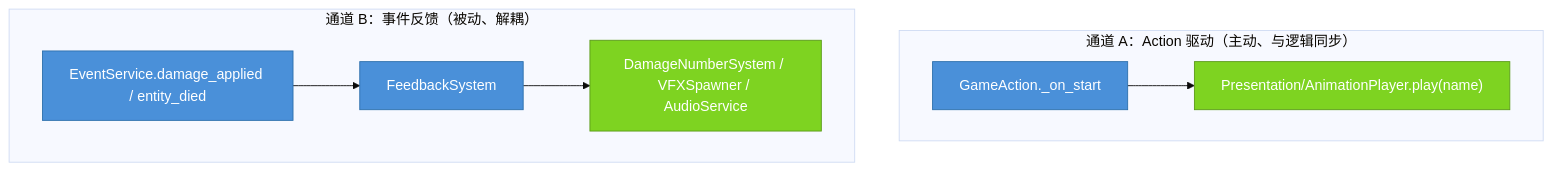
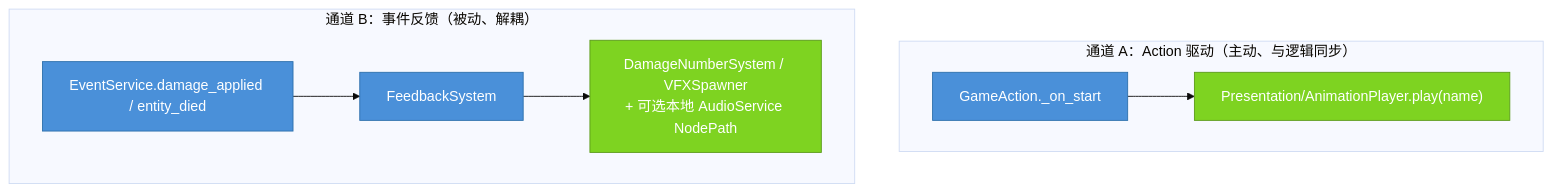
Before and after one commit to xiaofeiqiu/mkit: the diagram in docs/cookbook/13_animation.md, drawn with Mermaid (base theme). The commit also changed other lines of this file and 32 other files, not shown here.

````diff
--- a/docs/cookbook/13_animation.md
+++ b/docs/cookbook/13_animation.md
@@ -22,14 +22,14 @@
 ```mermaid
 flowchart TB
     subgraph A["通道 A：Action 驱动（主动、与逻辑同步）"]
         A1["GameAction._on_start"]:::mkitCore -->
         A2["Presentation/AnimationPlayer.play(name)"]:::userOwned
     end
     subgraph B["通道 B：事件反馈（被动、解耦）"]
         B1["EventService.damage_applied / entity_died"]:::mkitCore -->
         B2["FeedbackSystem"]:::mkitCore -->
-        B3["DamageNumberSystem / VFXSpawner / AudioService"]:::userOwned
+        B3["DamageNumberSystem / VFXSpawner\n+ 可选本地 AudioService NodePath"]:::userOwned
     end
     classDef mkitCore  fill:#4A90D9,color:#fff,stroke:#2C6FAC
     classDef userOwned fill:#7ED321,color:#fff,stroke:#5A9A18
 ```
````
